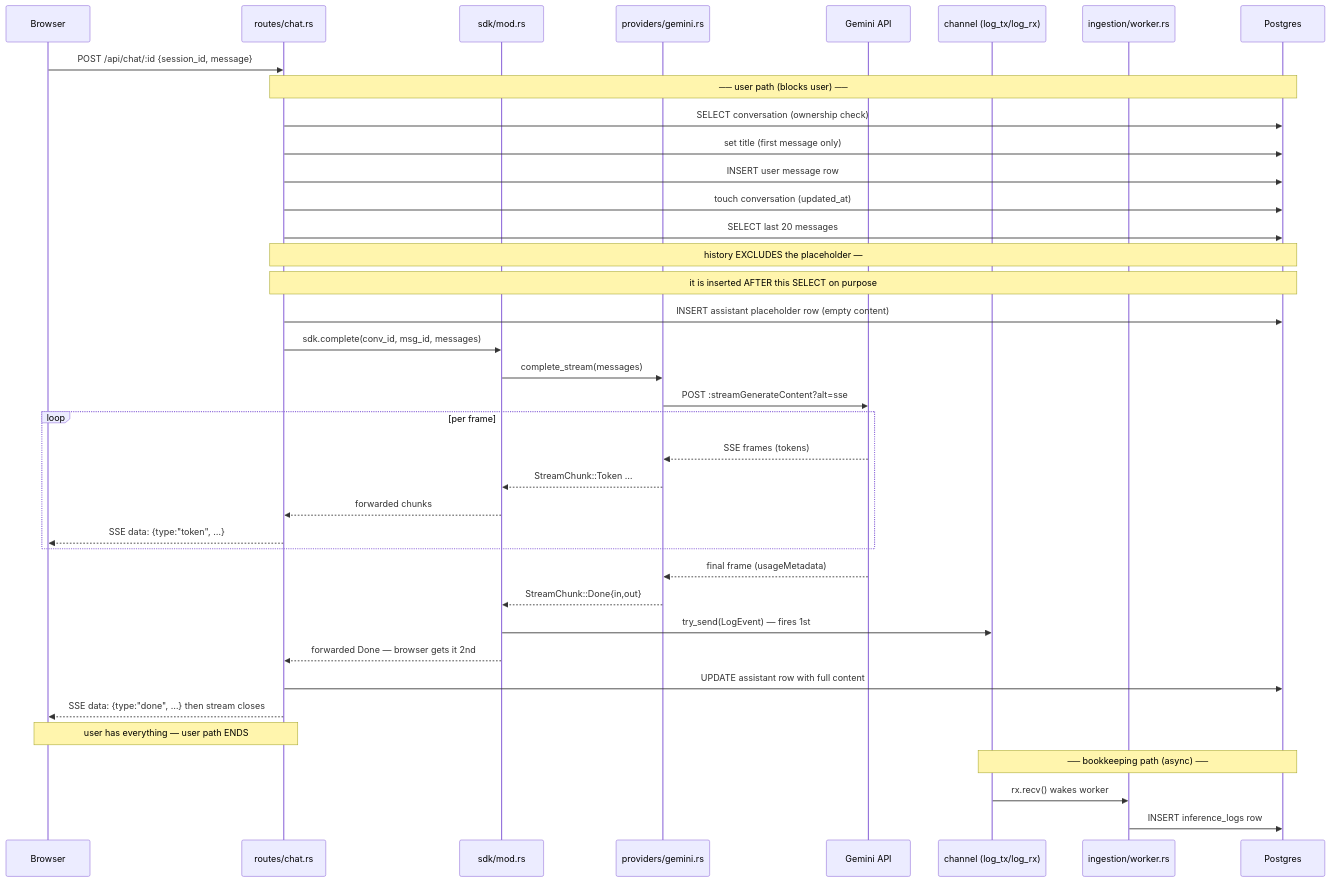
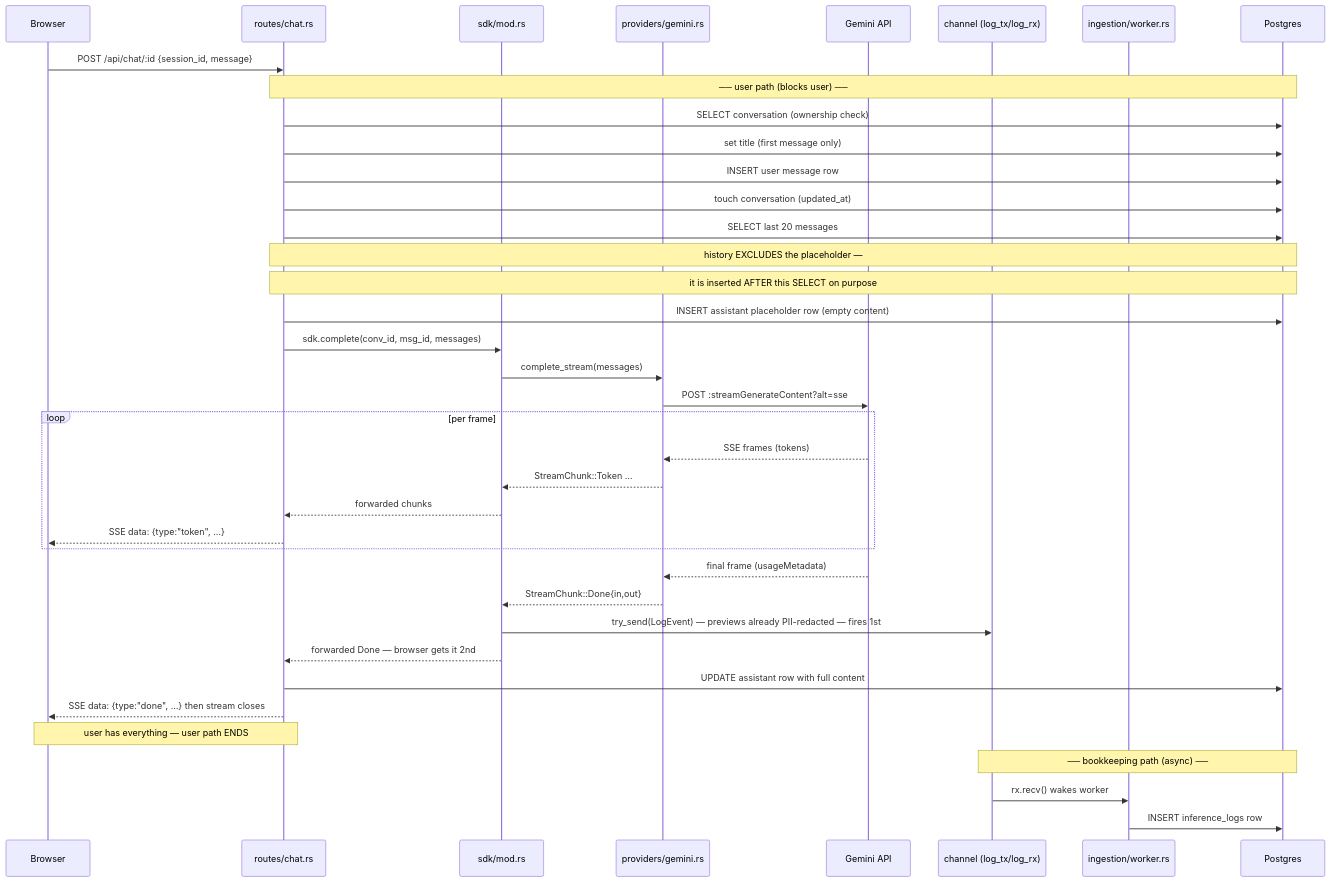
Before and after one commit to pratikjuspay/inferwatch: the second of 3 diagrams in FILE_MAP.md, drawn with Mermaid. The commit also changed other lines of this file and 7 other files, not shown here.

First line of the commit message:
feat(security): PII redaction in SDK preview pipeline + docs refresh

````diff
--- a/FILE_MAP.md
+++ b/FILE_MAP.md
@@ -78,41 +80,41 @@
 ```mermaid
 sequenceDiagram
     participant B as Browser
     participant CH as routes/chat.rs
     participant SDK as sdk/mod.rs
     participant PR as providers/gemini.rs
     participant G as Gemini API
     participant BUS as channel (log_tx/log_rx)
     participant W as ingestion/worker.rs
     participant DB as Postgres
 
     B->>CH: POST /api/chat/:id {session_id, message}
     Note over CH,DB: ── user path (blocks user) ──
     CH->>DB: SELECT conversation (ownership check)
     CH->>DB: set title (first message only)
     CH->>DB: INSERT user message row
     CH->>DB: touch conversation (updated_at)
     CH->>DB: SELECT last 20 messages
     Note over CH,DB: history EXCLUDES the placeholder —
     Note over CH,DB: it is inserted AFTER this SELECT on purpose
     CH->>DB: INSERT assistant placeholder row (empty content)
     CH->>SDK: sdk.complete(conv_id, msg_id, messages)
     SDK->>PR: complete_stream(messages)
     PR->>G: POST :streamGenerateContent?alt=sse
     loop per frame
         G-->>PR: SSE frames (tokens)
         PR-->>SDK: StreamChunk::Token …
         SDK-->>CH: forwarded chunks
         CH-->>B: SSE data: {type:"token", …}
     end
     G-->>PR: final frame (usageMetadata)
     PR-->>SDK: StreamChunk::Done{in,out}
-    SDK->>BUS: try_send(LogEvent) — fires 1st
+    SDK->>BUS: try_send(LogEvent) — previews already PII-redacted — fires 1st
     SDK-->>CH: forwarded Done — browser gets it 2nd
     CH->>DB: UPDATE assistant row with full content
     CH-->>B: SSE data: {type:"done", …} then stream closes
     Note over CH,B: user has everything — user path ENDS
     Note over BUS,DB: ── bookkeeping path (async) ──
     BUS->>W: rx.recv() wakes worker
     W->>DB: INSERT inference_logs row
 ```
````
